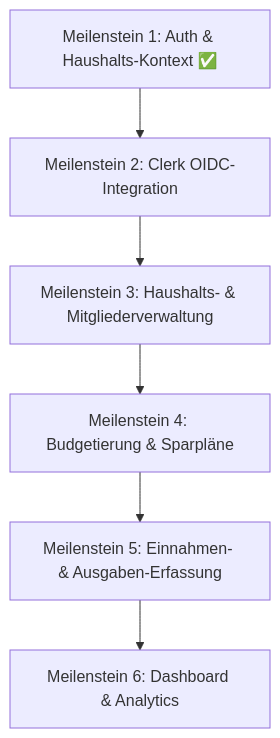
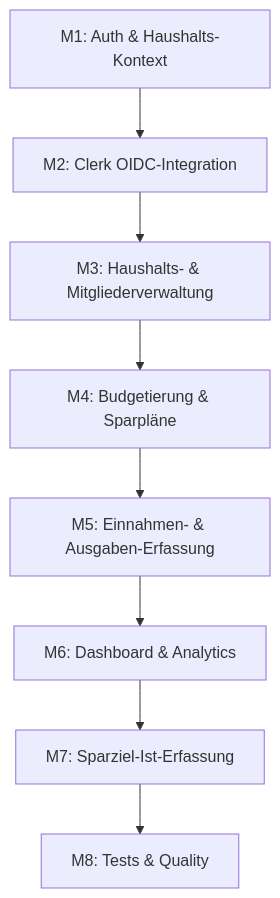
The diagram in .agent/implementation_plan.md (nordlys-bi/family-funds), drawn with Mermaid before and after one commit. The commit also changed other lines of this file and 12 other files, not shown here.

````diff
--- a/.agent/implementation_plan.md
+++ b/.agent/implementation_plan.md
@@ -11,8 +7,10 @@
 ```mermaid
 graph TD
-    M1["Meilenstein 1: Auth & Haushalts-Kontext ✅"] --> M2[Meilenstein 2: Clerk OIDC-Integration]
-    M2 --> M3[Meilenstein 3: Haushalts- & Mitgliederverwaltung]
-    M3 --> M4[Meilenstein 4: Budgetierung & Sparpläne]
-    M4 --> M5[Meilenstein 5: Einnahmen- & Ausgaben-Erfassung]
-    M5 --> M6[Meilenstein 6: Dashboard & Analytics]
+    M1["M1: Auth & Haushalts-Kontext"] --> M2["M2: Clerk OIDC-Integration"]
+    M2 --> M3["M3: Haushalts- & Mitgliederverwaltung"]
+    M3 --> M4["M4: Budgetierung & Sparpläne"]
+    M4 --> M5["M5: Einnahmen- & Ausgaben-Erfassung"]
+    M5 --> M6["M6: Dashboard & Analytics"]
+    M6 --> M7["M7: Sparziel-Ist-Erfassung"]
+    M7 --> M8["M8: Tests & Quality"]
 ```
````
